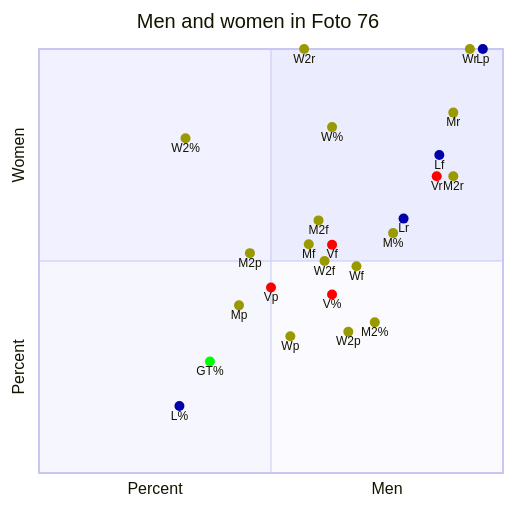
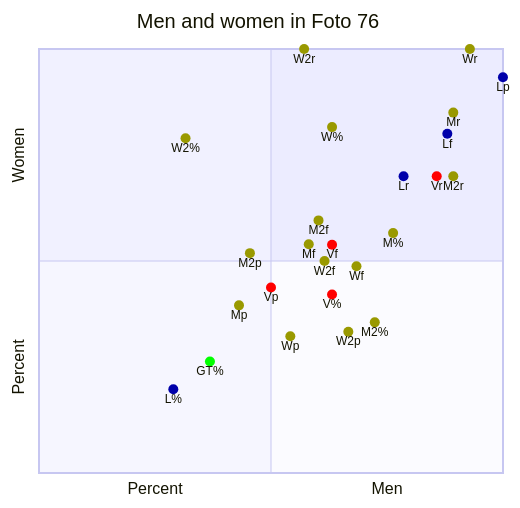
One commit to Modern36/tropes_1500 changed the ninth of 11 diagrams in browser/scatter.md. Above: the diagram before and after it, drawn with Mermaid. The commit also changed other lines of this file and 36 other files, not shown here.

````diff
--- a/browser/scatter.md
+++ b/browser/scatter.md
@@ -303,32 +303,32 @@
 ```mermaid
 quadrantChart
     title Men and women in Foto 76
     x-axis Percent --> Men
     y-axis Percent --> Women
     M%: [0.7631578947368421, 0.5657894736842105] color: #999900
     M2%: [0.7236842105263158, 0.35526315789473684] color: #999900
     W%: [0.631578947368421, 0.8157894736842105] color: #999900
     W2%: [0.3157894736842105, 0.7894736842105263] color: #999900
     GT%: [0.3684210526315789, 0.2631578947368421] color: #00FF00
     V%: [0.631578947368421, 0.42105263157894735] color: #FF0000
-    L%: [0.3026315789473684, 0.15789473684210525] color: #0000AA
-    Lf: [0.8627450980392157, 0.75]  color: #0000AA
-    Lp: [0.9565217391304348, 0.9999]  color: #0000AA
-    Lr: [0.7857142857142857, 0.6]  color: #0000AA
+    L%: [0.2894736842105263, 0.19736842105263158] color: #0000AA
+    Lf: [0.88, 0.8]  color: #0000AA
+    Lp: [0.9999, 0.9333333333333333]  color: #0000AA
+    Lr: [0.7857142857142857, 0.7]  color: #0000AA
     Vf: [0.631578947368421, 0.5384615384615384]  color: #FF0000
     Vp: [0.5, 0.4375]  color: #FF0000
     Vr: [0.8571428571428571, 0.7]  color: #FF0000
     W2f: [0.6153846153846154, 0.5]  color: #999900
     W2p: [0.6666666666666666, 0.3333333333333333]  color: #999900
     W2r: [0.5714285714285714, 0.9999]  color: #999900
     Wf: [0.6842105263157895, 0.4878048780487805]  color: #999900
     Wp: [0.5416666666666666, 0.3225806451612903]  color: #999900
     Wr: [0.9285714285714286, 0.9999]  color: #999900
     M2f: [0.6024096385542169, 0.5957446808510638]  color: #999900
     M2p: [0.45454545454545453, 0.5185185185185185]  color: #999900
     M2r: [0.8928571428571429, 0.7]  color: #999900
     Mf: [0.5813953488372093, 0.5396825396825397]  color: #999900
     Mp: [0.43103448275862066, 0.3953488372093023]  color: #999900
     Mr: [0.8928571428571429, 0.85]  color: #999900
 
 ```
````
